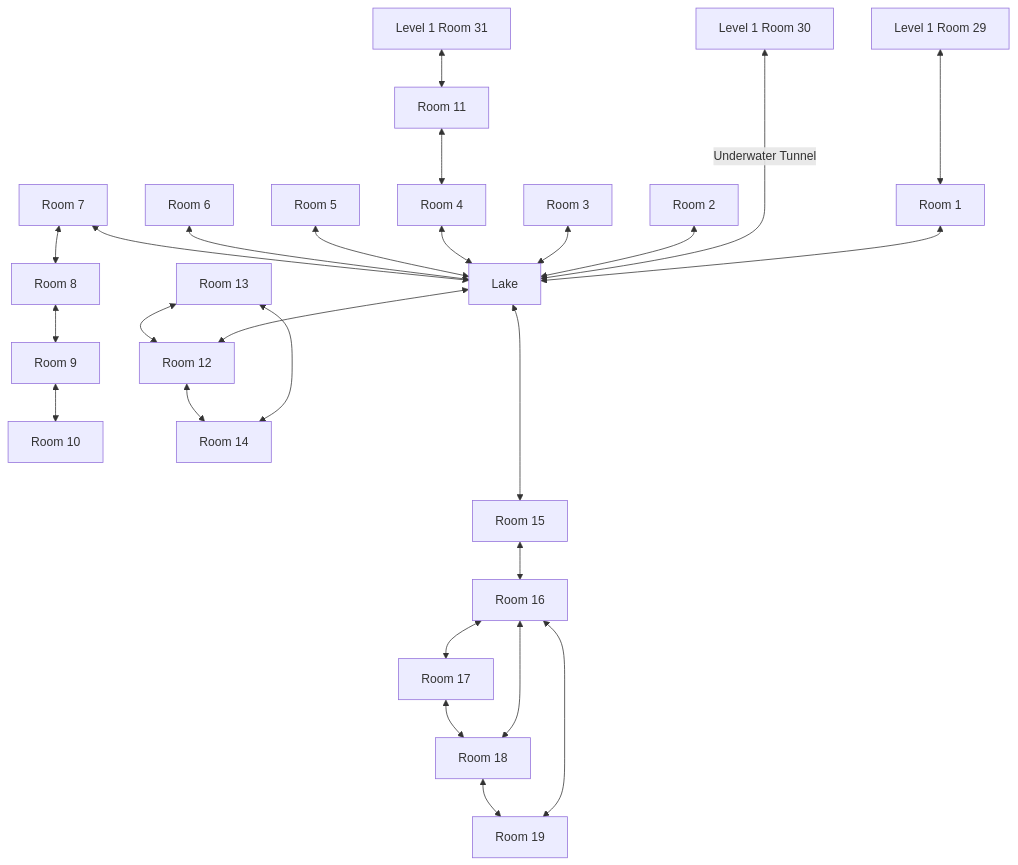
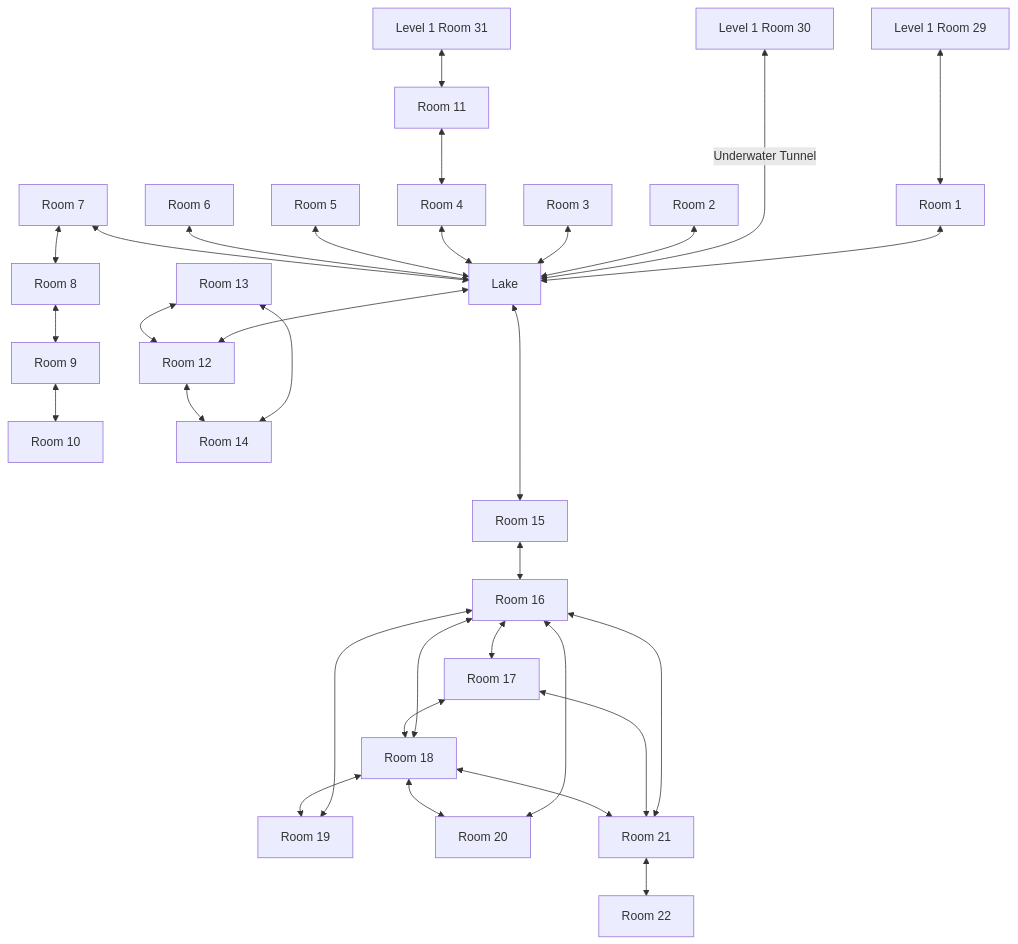
The diagram in Dungeon/Level_02/README.md (SlothBorg/Dungeon23), drawn with Mermaid before and after one commit. The commit also changed 13 other files, not shown here.

````diff
--- a/Dungeon/Level_02/README.md
+++ b/Dungeon/Level_02/README.md
@@ -3,28 +3,33 @@
 ```mermaid
 flowchart TD
     A29[Level 1 Room 29] <---> B1[Room 1]
     B1 <--> La[Lake]
     A30[Level 1 Room 30] <-- Underwater Tunnel ----> La
     B2[Room 2] <--> La
     B3[Room 3] <--> La
     B4[Room 4] <--> La
     B5[Room 5] <--> La
     B6[Room 6] <--> La
     B7[Room 7] <--> La
     B7 <--> B8[Room 8]
     B8 <--> B9[Room 9]
     B9 <--> B10[Room 10]
     A31[Level 1 Room 31] <--> B11[Room 11] <--> B4
     La <--> B12[Room 12]
     B13[Room 13] <--> B12
     B13 <--> B14[Room 14]
     B12 <--> B14
     La <----> B15[Room 15]
     B15 <--> B16[Room 16]
     B16 <--> B17[Room 17]
     B16 <--> B18[Room 18]
     B17 <--> B18
     B16 <--> B19[Room 19]
     B18 <--> B19
-    
+    B16 <--> B20[Room 20]
+    B18 <--> B20
+    B16 <--> B21[Room 21]
+    B17 <--> B21
+    B18 <--> B21
+    B21 <--> B22[Room 22]
 ```
````
